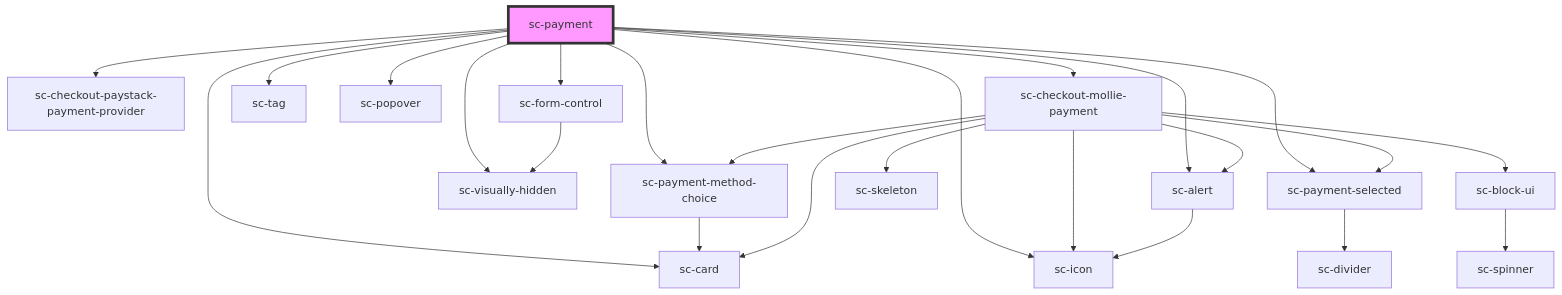
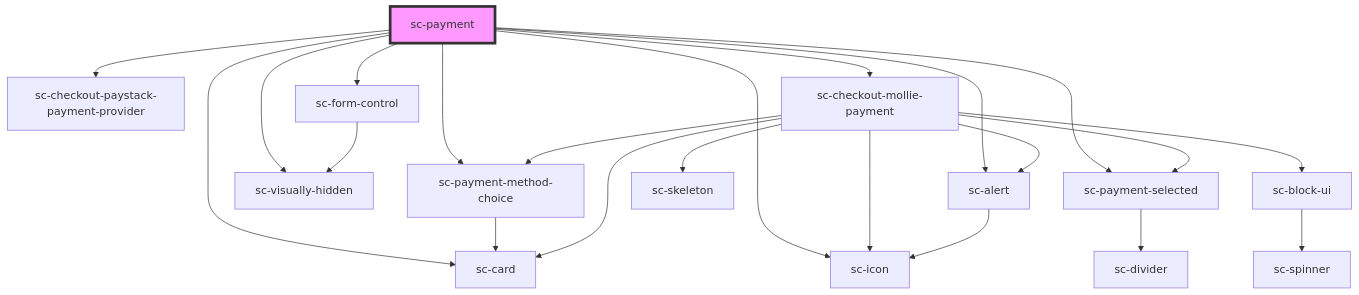
Before and after one commit to surecart/surecart-wp-plugin: the diagram in packages/components/src/components/controllers/checkout-form/payment/readme.md, drawn with Mermaid. The commit also changed other lines of this file and 6 other files, not shown here.

````diff
--- a/packages/components/src/components/controllers/checkout-form/payment/readme.md
+++ b/packages/components/src/components/controllers/checkout-form/payment/readme.md
@@ -48,27 +46,25 @@
 ```mermaid
 graph TD;
   sc-payment --> sc-payment-method-choice
   sc-payment --> sc-icon
   sc-payment --> sc-visually-hidden
   sc-payment --> sc-card
   sc-payment --> sc-payment-selected
   sc-payment --> sc-checkout-paystack-payment-provider
   sc-payment --> sc-form-control
-  sc-payment --> sc-tag
-  sc-payment --> sc-popover
   sc-payment --> sc-checkout-mollie-payment
   sc-payment --> sc-alert
   sc-payment-method-choice --> sc-card
   sc-payment-selected --> sc-divider
   sc-form-control --> sc-visually-hidden
   sc-checkout-mollie-payment --> sc-card
   sc-checkout-mollie-payment --> sc-skeleton
   sc-checkout-mollie-payment --> sc-alert
   sc-checkout-mollie-payment --> sc-payment-method-choice
   sc-checkout-mollie-payment --> sc-payment-selected
   sc-checkout-mollie-payment --> sc-block-ui
   sc-checkout-mollie-payment --> sc-icon
   sc-alert --> sc-icon
   sc-block-ui --> sc-spinner
   style sc-payment fill:#f9f,stroke:#333,stroke-width:4px
 ```
````
